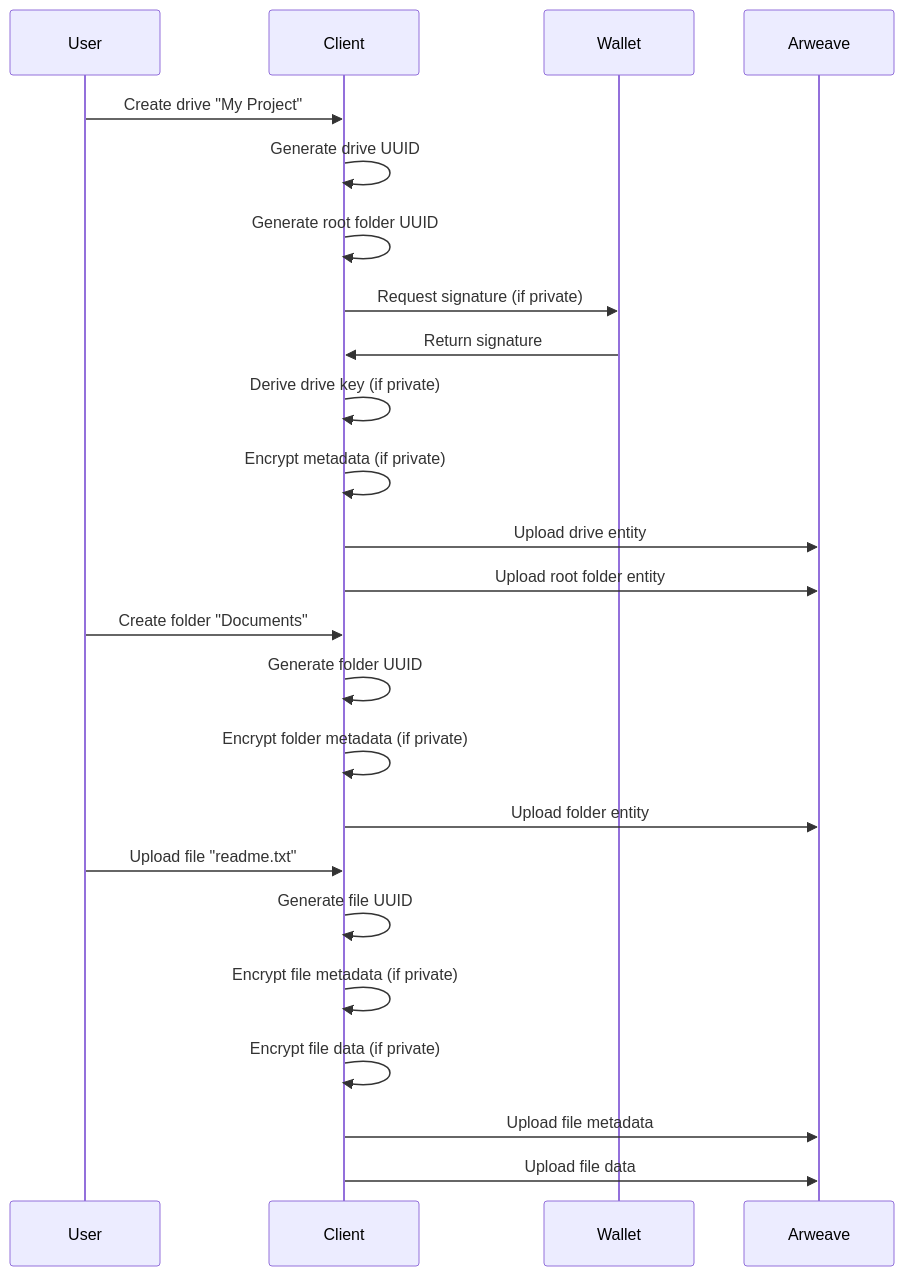
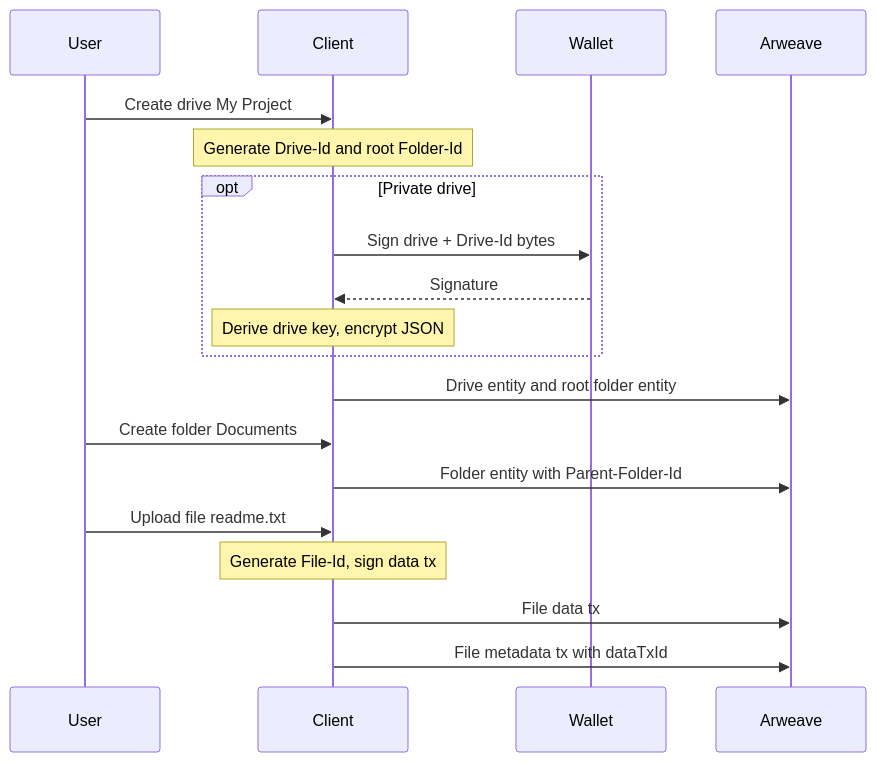
One commit to ar-io/docs changed the diagram in content/build/advanced/arfs/creating-drives.mdx. Above: the diagram before and after it, drawn with Mermaid. The commit also changed other lines of this file and 25 other files, not shown here.

````diff
--- a/content/build/advanced/arfs/creating-drives.mdx
+++ b/content/build/advanced/arfs/creating-drives.mdx
@@ -121,29 +123,25 @@
 ```mermaid
 sequenceDiagram
+    accTitle: A drive starts as two entities, and a file needs its data transaction before its metadata
+    accDescr: The client generates the Drive-Id and root Folder-Id. For a private drive it first asks the wallet for a signature and derives the drive key, then encrypts the metadata. It uploads the drive and root folder entities together. A new folder is one metadata transaction naming its parent. A new file is a data transaction plus a metadata transaction whose JSON names the data transaction's ID.
+
     participant User
     participant Client
     participant Wallet
     participant Arweave
 
-    User->>Client: Create drive "My Project"
-    Client->>Client: Generate drive UUID
-    Client->>Client: Generate root folder UUID
-    Client->>Wallet: Request signature (if private)
-    Wallet->>Client: Return signature
-    Client->>Client: Derive drive key (if private)
-    Client->>Client: Encrypt metadata (if private)
-    Client->>Arweave: Upload drive entity
-    Client->>Arweave: Upload root folder entity
-
-    User->>Client: Create folder "Documents"
-    Client->>Client: Generate folder UUID
-    Client->>Client: Encrypt folder metadata (if private)
-    Client->>Arweave: Upload folder entity
-
-    User->>Client: Upload file "readme.txt"
-    Client->>Client: Generate file UUID
-    Client->>Client: Encrypt file metadata (if private)
-    Client->>Client: Encrypt file data (if private)
-    Client->>Arweave: Upload file metadata
-    Client->>Arweave: Upload file data
+    User->>Client: Create drive My Project
+    Note over Client: Generate Drive-Id and root Folder-Id
+    opt Private drive
+        Client->>Wallet: Sign drive + Drive-Id bytes
+        Wallet-->>Client: Signature
+        Note over Client: Derive drive key, encrypt JSON
+    end
+    Client->>Arweave: Drive entity and root folder entity
+    User->>Client: Create folder Documents
+    Client->>Arweave: Folder entity with Parent-Folder-Id
+    User->>Client: Upload file readme.txt
+    Note over Client: Generate File-Id, sign data tx
+    Client->>Arweave: File data tx
+    Client->>Arweave: File metadata tx with dataTxId
 ```
````
